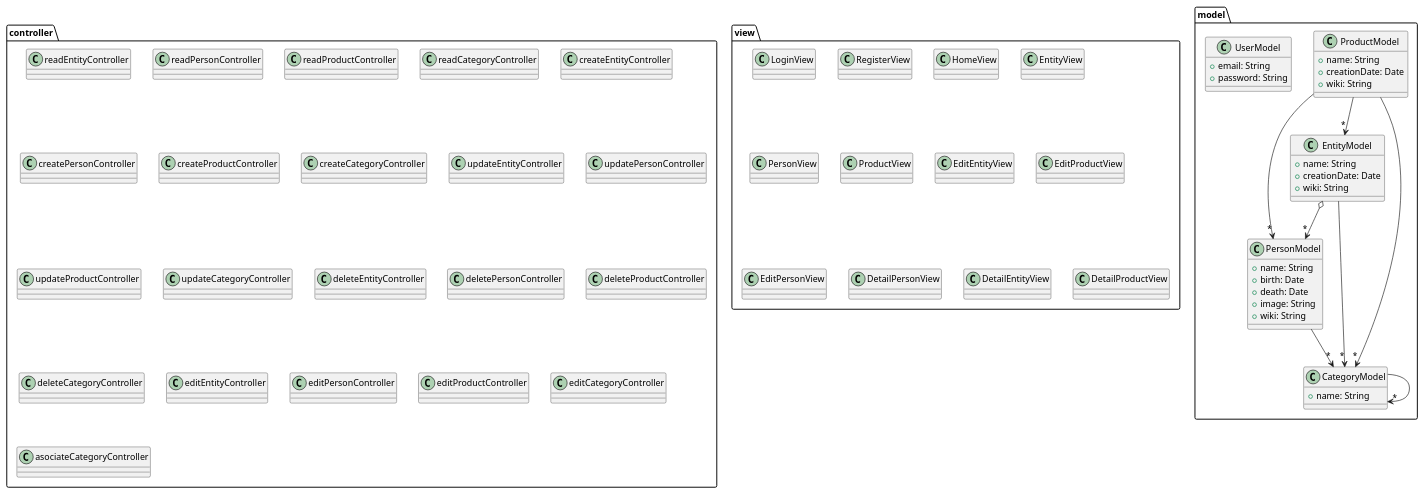
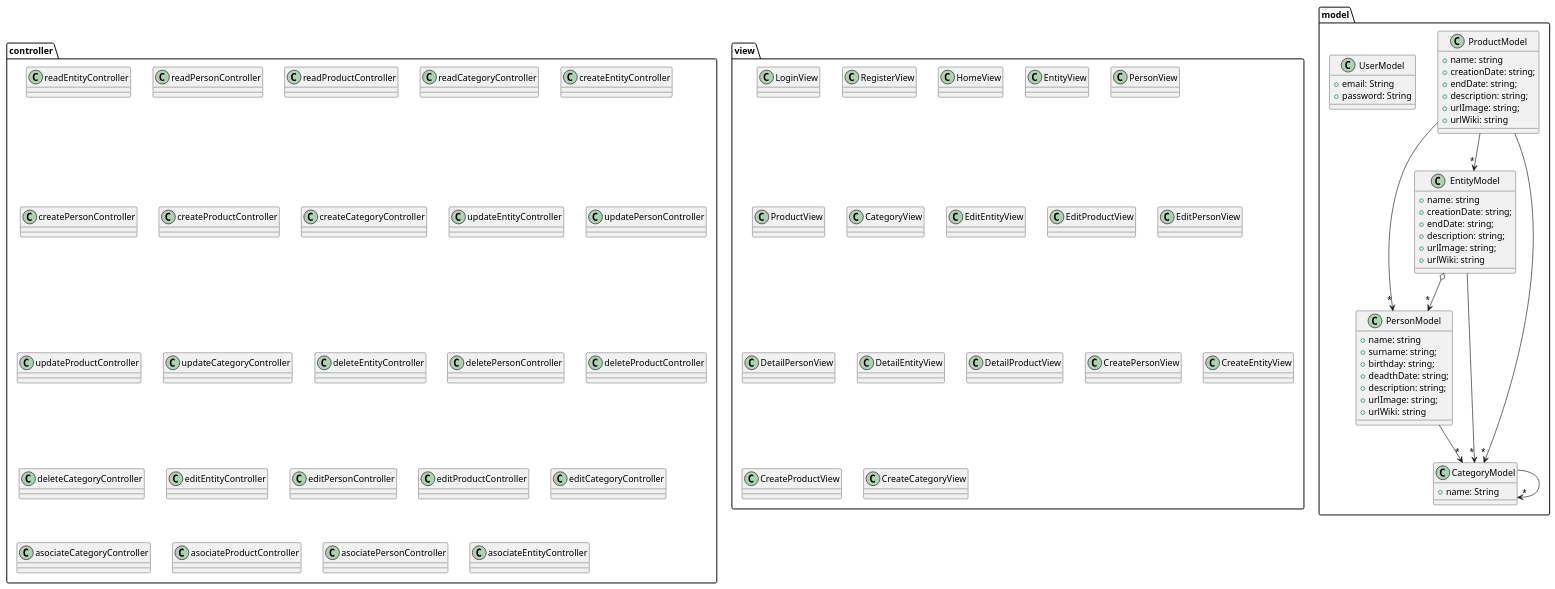
The seventh of 7 diagrams in index.adoc (nataliacasanova/analesdelaciencia), drawn with PlantUML before and after one commit. The commit also changed other lines of this file and 33 other files, not shown here.

```diff
--- a/index.adoc
+++ b/index.adoc
@@ -570,24 +634,32 @@
 ....
 
 package "model"{
-    class PersonModel {
-+ name: String
-+ birth: Date
-+ death: Date
-+ image: String
-+ wiki: String 
+class PersonModel {
++ name: string
++ surname: string;
++ birthday: string;
++ deadthDate: string;
++ description: string;
++ urlImage: string;
++ urlWiki: string
 }
 
 class EntityModel {
-+ name: String
-+ creationDate: Date
-+ wiki: String
++ name: string
++ creationDate: string;
++ endDate: string;
++ description: string;
++ urlImage: string;
++ urlWiki: string
 }
 
 class ProductModel {
-+ name: String
-+ creationDate: Date
-+ wiki: String
++ name: string
++ creationDate: string;
++ endDate: string;
++ description: string;
++ urlImage: string;
++ urlWiki: string
 }
 
 class CategoryModel{
@@ -633,6 +705,9 @@
 Class editProductController
 Class editCategoryController
 Class asociateCategoryController
+Class asociateProductController
+Class asociatePersonController
+Class asociateEntityController
 }
 
 package "view" {
@@ -643,15 +718,17 @@
 Class EntityView
 Class PersonView
 Class ProductView
+Class CategoryView
 Class EditEntityView
 Class EditProductView
 Class EditPersonView
 Class DetailPersonView
 Class DetailEntityView
 Class DetailProductView
-
-
-
+Class CreatePersonView
+Class CreateEntityView
+Class CreateProductView
+Class CreateCategoryView
 }
 
 ....
```
